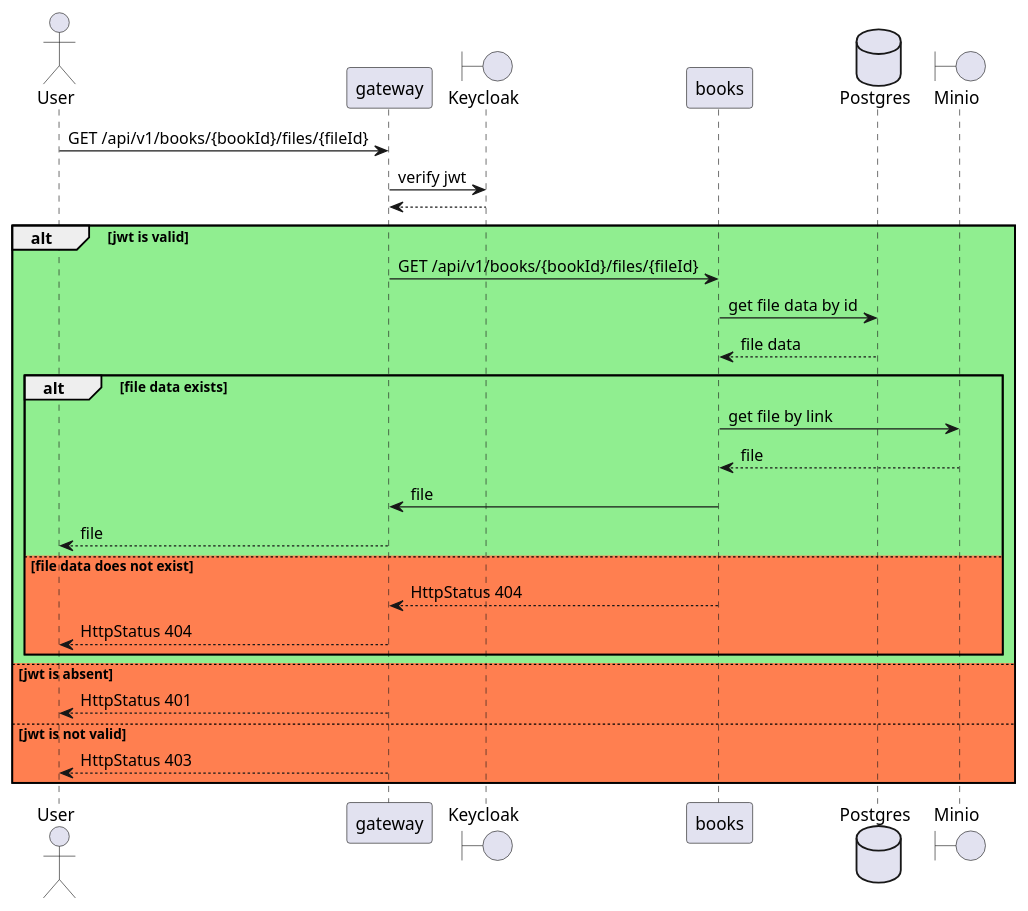
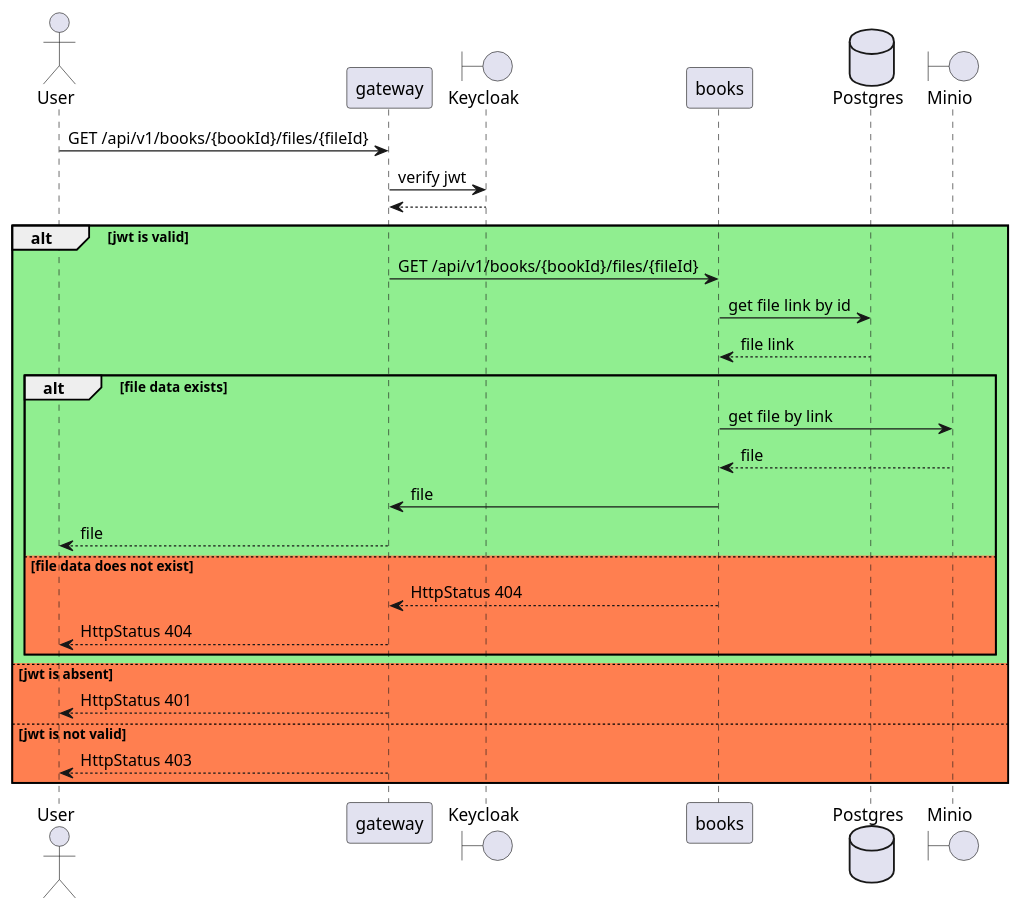
One commit to dalayLama/otus-microservice-2024-08 changed the diagram in hw-01/use-cases/download-file/download-file.puml. Above: the diagram before and after it, drawn with PlantUML. The commit also changed 19 other files, not shown here.

```diff
--- a/hw-01/use-cases/download-file/download-file.puml
+++ b/hw-01/use-cases/download-file/download-file.puml
@@ -1,32 +1,32 @@
 @startuml
 
 actor "User" as user
 participant "gateway" as gw
 boundary "Keycloak" as kk
 participant "books" as books
 database "Postgres" as pg_books
 boundary "Minio" as minio
 
 user -> gw: GET /api/v1/books/{bookId}/files/{fileId}
 gw -> kk: verify jwt
 kk --> gw
 alt #lightgreen jwt is valid
     gw -> books: GET /api/v1/books/{bookId}/files/{fileId}
-    books -> pg_books: get file data by id
-    pg_books --> books: file data
+    books -> pg_books: get file link by id
+    pg_books --> books: file link
     alt #lightgreen file data exists
         books -> minio: get file by link
         minio --> books: file
         books -> gw: file
         gw --> user: file
     else #coral file data does not exist
         books --> gw: HttpStatus 404
         gw --> user: HttpStatus 404
     end
 else #coral jwt is absent
     gw --> user: HttpStatus 401
 else #coral jwt is not valid
     gw --> user: HttpStatus 403
 end
 
 @enduml
```
